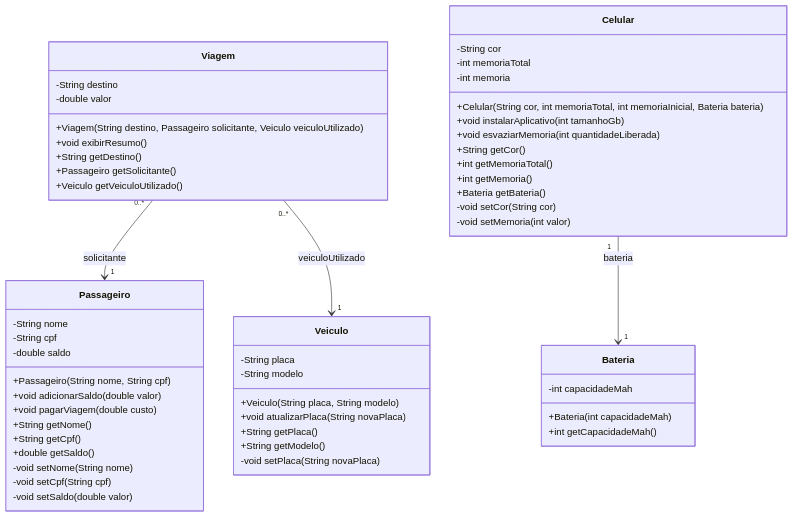
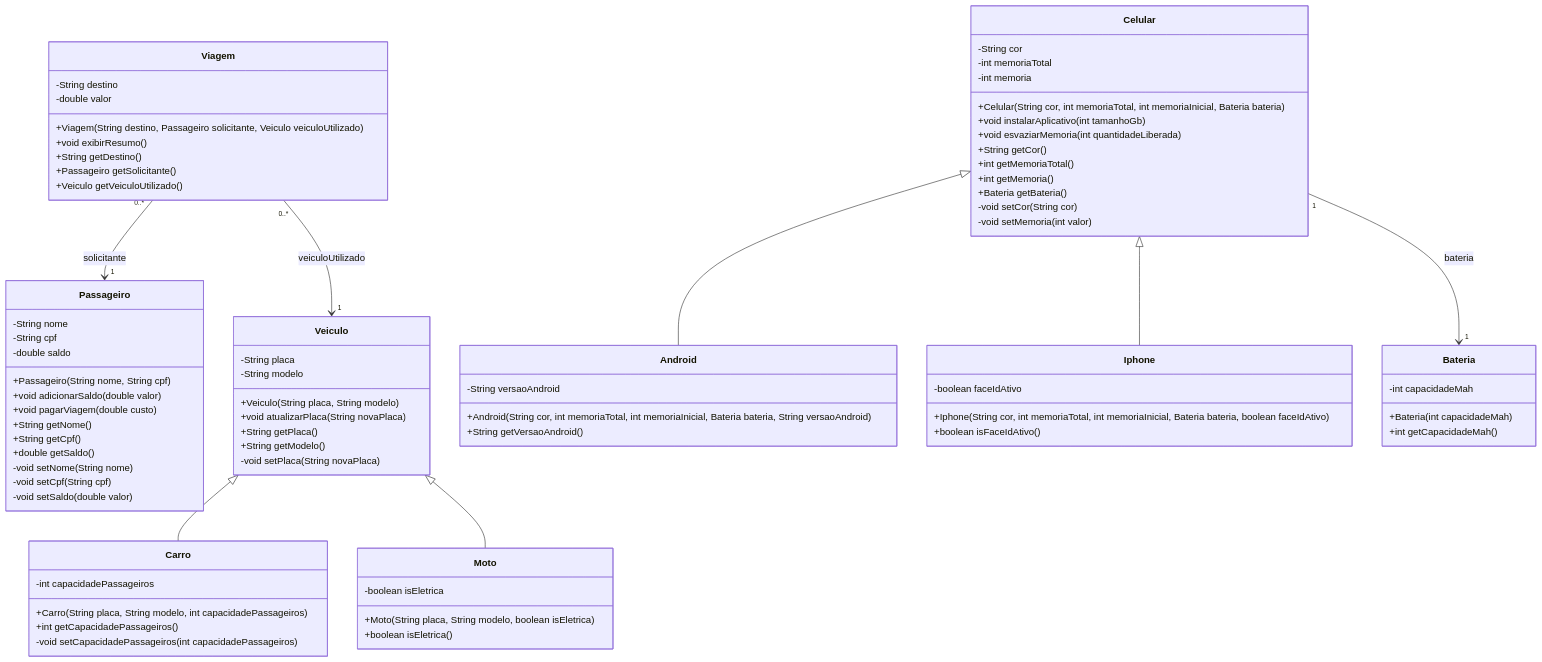
Before and after one commit to Pedro-Ivson/fiap-poo: the diagram in docs/uml.md, drawn with Mermaid. The commit also changed other lines of this file and 8 other files, not shown here.

```diff
--- a/docs/uml.md
+++ b/docs/uml.md
@@ -22,6 +22,29 @@
         -void setSaldo(double valor)
     }
 
+    class Veiculo {
+        -String placa
+        -String modelo
+        +Veiculo(String placa, String modelo)
+        +void atualizarPlaca(String novaPlaca)
+        +String getPlaca()
+        +String getModelo()
+        -void setPlaca(String novaPlaca)
+    }
+
+    class Carro {
+        -int capacidadePassageiros
+        +Carro(String placa, String modelo, int capacidadePassageiros)
+        +int getCapacidadePassageiros()
+        -void setCapacidadePassageiros(int capacidadePassageiros)
+    }
+
+    class Moto {
+        -boolean isEletrica
+        +Moto(String placa, String modelo, boolean isEletrica)
+        +boolean isEletrica()
+    }
+
     class Viagem {
         -String destino
         -double valor
@@ -30,16 +53,6 @@
         +String getDestino()
         +Passageiro getSolicitante()
         +Veiculo getVeiculoUtilizado()
-    }
-
-    class Veiculo {
-        -String placa
-        -String modelo
-        +Veiculo(String placa, String modelo)
-        +void atualizarPlaca(String novaPlaca)
-        +String getPlaca()
-        +String getModelo()
-        -void setPlaca(String novaPlaca)
     }
 
     class Celular {
@@ -57,12 +70,28 @@
         -void setMemoria(int valor)
     }
 
+    class Android {
+        -String versaoAndroid
+        +Android(String cor, int memoriaTotal, int memoriaInicial, Bateria bateria, String versaoAndroid)
+        +String getVersaoAndroid()
+    }
+
+    class Iphone {
+        -boolean faceIdAtivo
+        +Iphone(String cor, int memoriaTotal, int memoriaInicial, Bateria bateria, boolean faceIdAtivo)
+        +boolean isFaceIdAtivo()
+    }
+
     class Bateria {
         -int capacidadeMah
         +Bateria(int capacidadeMah)
         +int getCapacidadeMah()
     }
 
+    Veiculo <|-- Carro
+    Veiculo <|-- Moto
+    Celular <|-- Android
+    Celular <|-- Iphone
     Viagem "0..*" --> "1" Passageiro : solicitante
     Viagem "0..*" --> "1" Veiculo : veiculoUtilizado
     Celular "1" --> "1" Bateria : bateria
```
